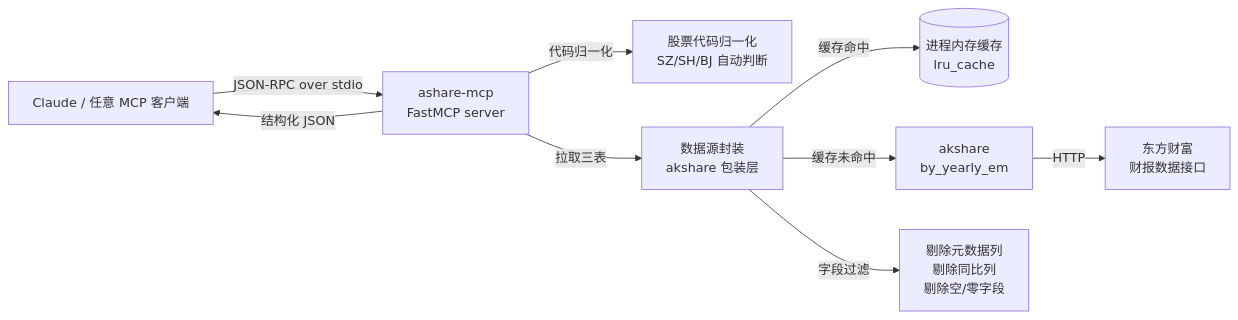
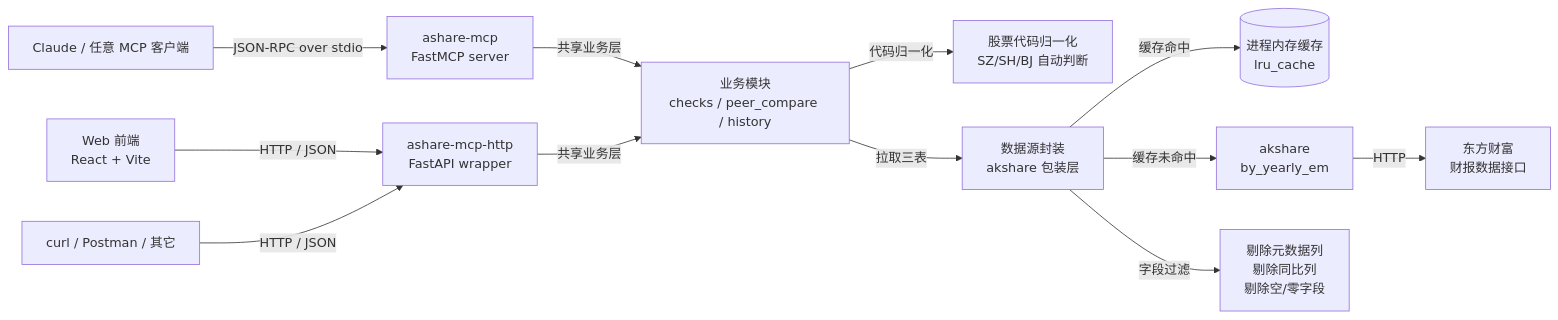
One commit to yli769227-jpg/ashare-mcp changed the diagram in README.md. Above: the diagram before and after it, drawn with Mermaid. The commit also changed other lines of this file and 2 other files, not shown here.

````diff
--- a/README.md
+++ b/README.md
@@ -82,11 +144,14 @@
 ```mermaid
 flowchart LR
     LLM[Claude / 任意 MCP 客户端] -->|JSON-RPC over stdio| Server[ashare-mcp<br/>FastMCP server]
-    Server -->|代码归一化| Norm[股票代码归一化<br/>SZ/SH/BJ 自动判断]
-    Server -->|拉取三表| DS[数据源封装<br/>akshare 包装层]
+    Web[Web 前端<br/>React + Vite] -->|HTTP / JSON| HTTP[ashare-mcp-http<br/>FastAPI wrapper]
+    Curl[curl / Postman / 其它] -->|HTTP / JSON| HTTP
+    Server -->|共享业务层| Core[业务模块<br/>checks / peer_compare / history]
+    HTTP -->|共享业务层| Core
+    Core -->|代码归一化| Norm[股票代码归一化<br/>SZ/SH/BJ 自动判断]
+    Core -->|拉取三表| DS[数据源封装<br/>akshare 包装层]
     DS -->|缓存命中| Cache[(进程内存缓存<br/>lru_cache)]
     DS -->|缓存未命中| YearlyEM[akshare<br/>by_yearly_em]
     YearlyEM -->|HTTP| EM[东方财富<br/>财报数据接口]
     DS -->|字段过滤| Filter[剔除元数据列<br/>剔除同比列<br/>剔除空/零字段]
-    Server -->|结构化 JSON| LLM
 ```
````
